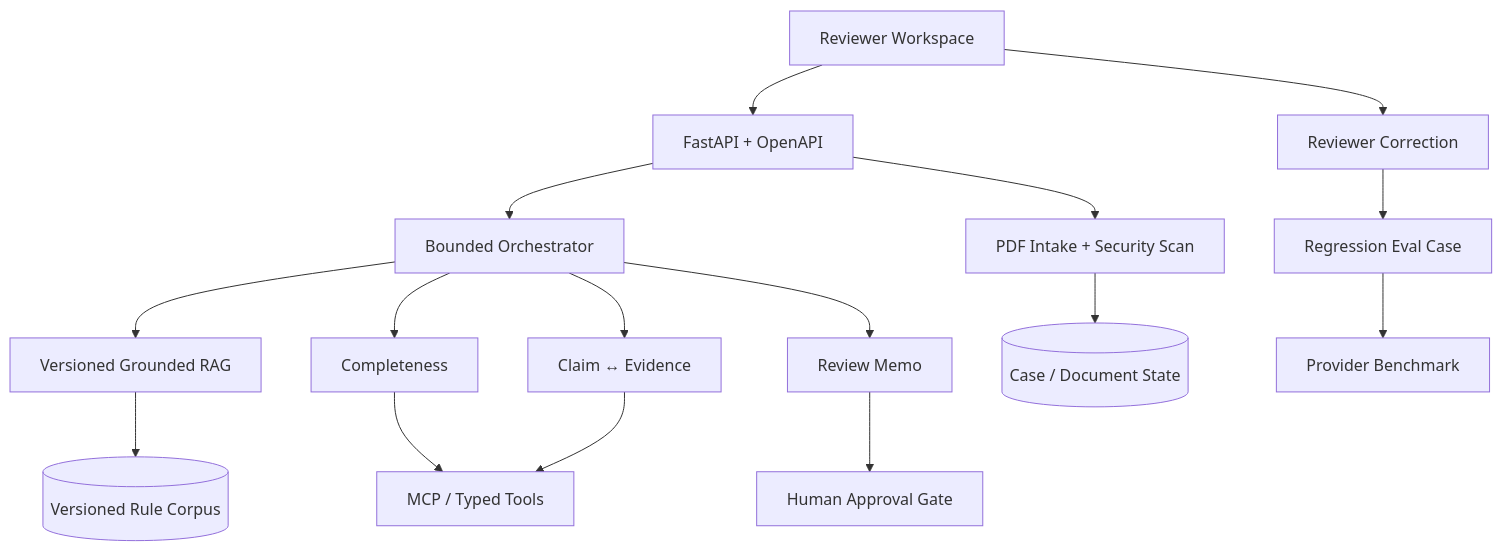
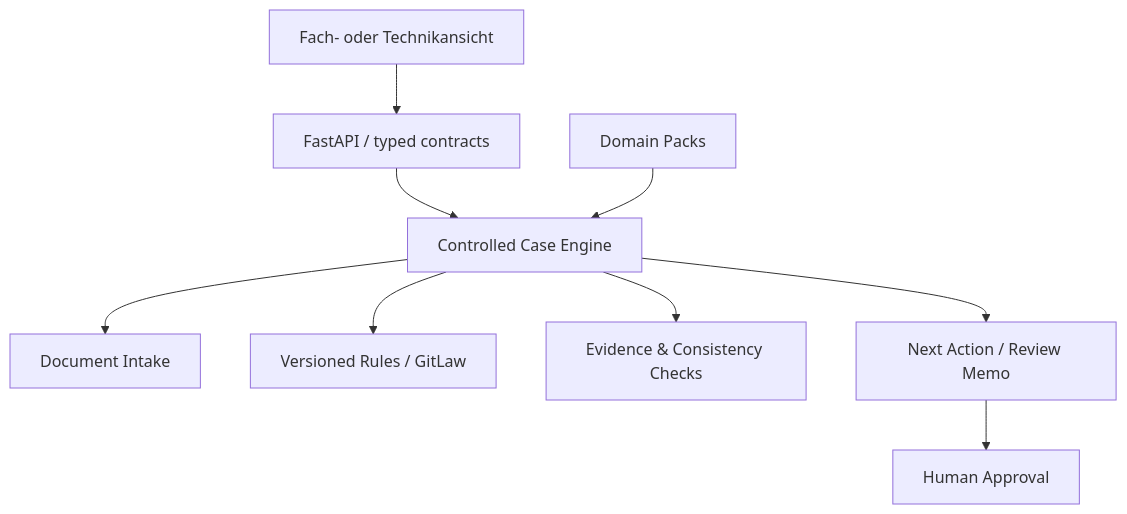
Before and after one commit to mikelninh/pruefpilot-document-ai: the diagram in README.md, drawn with Mermaid. The commit also changed other lines of this file, not shown here.

````diff
--- a/README.md
+++ b/README.md
@@ -72,18 +75,11 @@
 ```mermaid
 flowchart TB
-    Reviewer[Reviewer Workspace] --> API[FastAPI + OpenAPI]
-    API --> Intake[PDF Intake + Security Scan]
-    API --> Agent[Bounded Orchestrator]
-    Agent --> RAG[Versioned Grounded RAG]
-    Agent --> Complete[Completeness]
-    Agent --> Evidence[Claim ↔ Evidence]
-    Agent --> Memo[Review Memo]
-    Intake --> State[(Case / Document State)]
-    RAG --> Rules[(Versioned Rule Corpus)]
-    Complete --> Tools[MCP / Typed Tools]
-    Evidence --> Tools
-    Memo --> Human[Human Approval Gate]
-    Reviewer --> Feedback[Reviewer Correction]
-    Feedback --> Evals[Regression Eval Case]
-    Evals --> Benchmark[Provider Benchmark]
+    UI[Fach- oder Technikansicht] --> API[FastAPI / typed contracts]
+    API --> Engine[Controlled Case Engine]
+    Engine --> Intake[Document Intake]
+    Engine --> Rules[Versioned Rules / GitLaw]
+    Engine --> Evidence[Evidence & Consistency Checks]
+    Engine --> Memo[Next Action / Review Memo]
+    Packs[Domain Packs] --> Engine
+    Memo --> Human[Human Approval]
 ```
````
